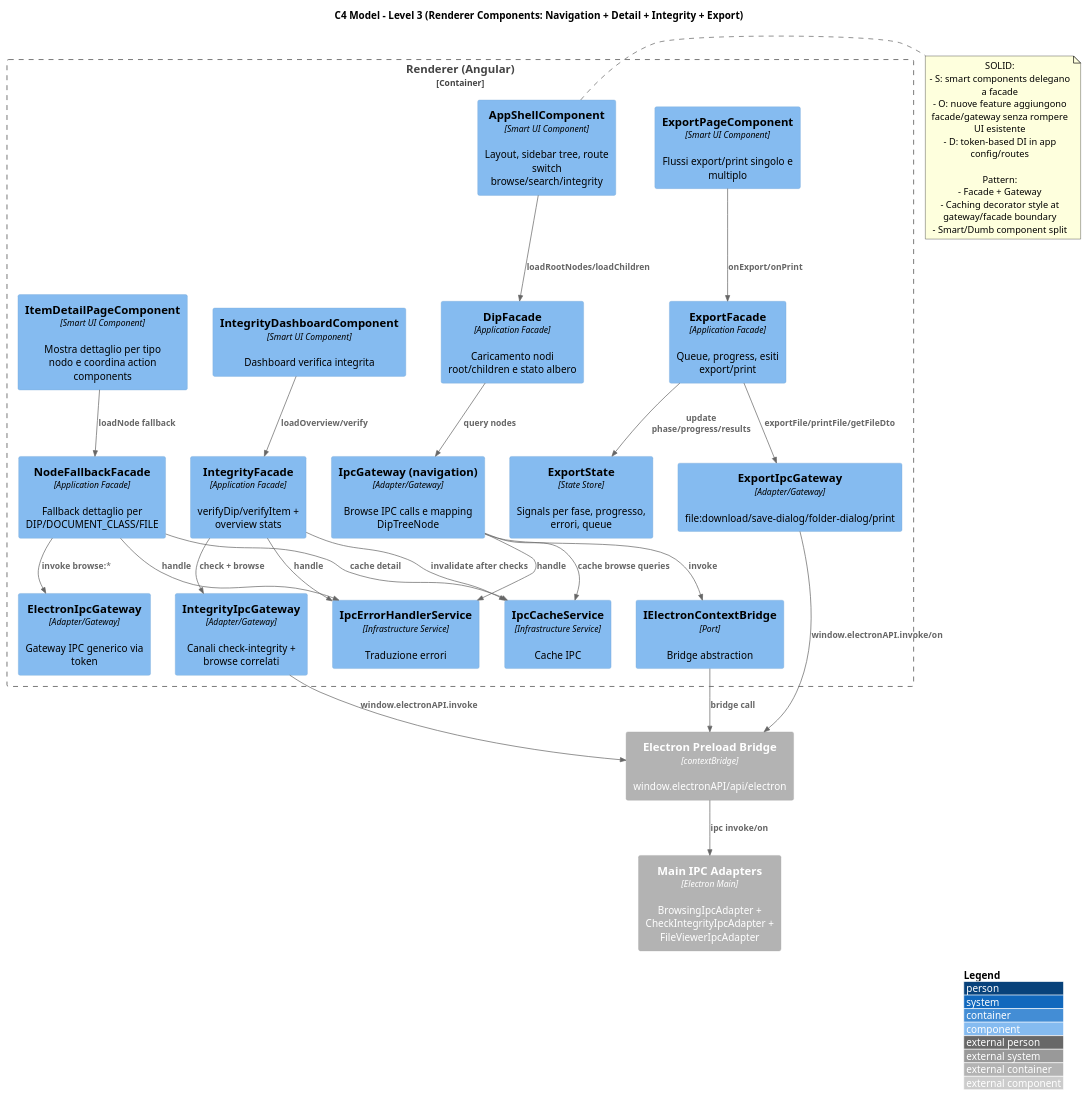
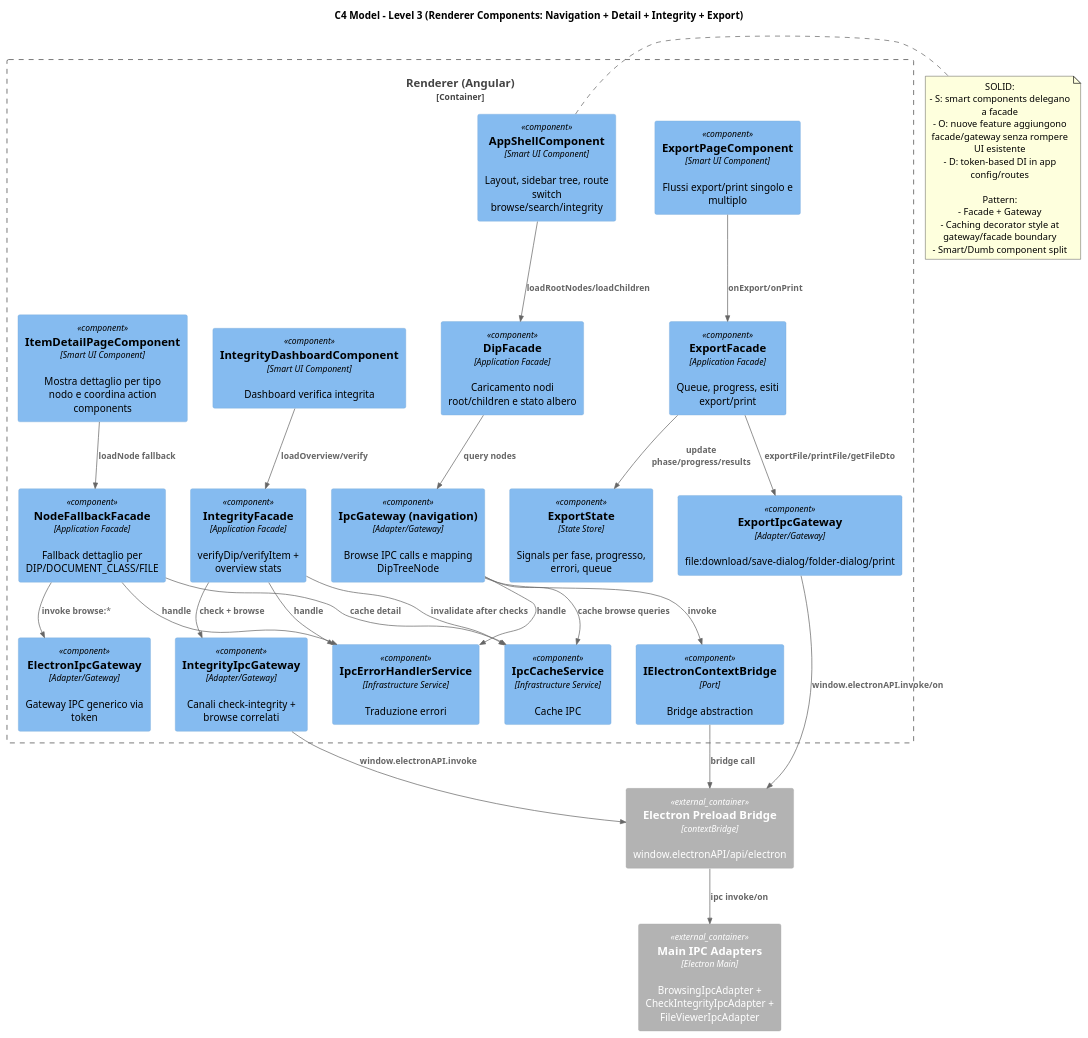
One commit to 7-ZPUs/Docs changed the diagram in 3_PB/DocumentiEsterni/DiagrammiSpecificaTecnica/generated_/architecture/c1-c3/C3-renderer-navigation-detail-integrity-export.puml. Above: the diagram before and after it, drawn with PlantUML. The commit also changed 8 other files, not shown here.

```diff
--- a/3_PB/DocumentiEsterni/DiagrammiSpecificaTecnica/generated_/architecture/c1-c3/C3-renderer-navigation-detail-integrity-export.puml
+++ b/3_PB/DocumentiEsterni/DiagrammiSpecificaTecnica/generated_/architecture/c1-c3/C3-renderer-navigation-detail-integrity-export.puml
@@ -1,72 +1,70 @@
 @startuml C3_Renderer_Navigation_Detail_Integrity_Export
 !includeurl https://raw.githubusercontent.com/plantuml-stdlib/C4-PlantUML/master/C4_Component.puml
 
 title C4 Model - Level 3 (Renderer Components: Navigation + Detail + Integrity + Export)
-
-LAYOUT_WITH_LEGEND()
 
 Container_Boundary(renderer_container, "Renderer (Angular)") {
   Component(app_shell, "AppShellComponent", "Smart UI Component", "Layout, sidebar tree, route switch browse/search/integrity")
   Component(dip_facade, "DipFacade", "Application Facade", "Caricamento nodi root/children e stato albero")
   Component(nav_gateway, "IpcGateway (navigation)", "Adapter/Gateway", "Browse IPC calls e mapping DipTreeNode")
 
   Component(item_detail_page, "ItemDetailPageComponent", "Smart UI Component", "Mostra dettaglio per tipo nodo e coordina action components")
   Component(node_fallback_facade, "NodeFallbackFacade", "Application Facade", "Fallback dettaglio per DIP/DOCUMENT_CLASS/FILE")
   Component(generic_ipc_gateway, "ElectronIpcGateway", "Adapter/Gateway", "Gateway IPC generico via token")
 
   Component(integrity_dashboard, "IntegrityDashboardComponent", "Smart UI Component", "Dashboard verifica integrita")
   Component(integrity_facade, "IntegrityFacade", "Application Facade", "verifyDip/verifyItem + overview stats")
   Component(integrity_gateway, "IntegrityIpcGateway", "Adapter/Gateway", "Canali check-integrity + browse correlati")
 
   Component(export_page, "ExportPageComponent", "Smart UI Component", "Flussi export/print singolo e multiplo")
   Component(export_facade, "ExportFacade", "Application Facade", "Queue, progress, esiti export/print")
   Component(export_gateway, "ExportIpcGateway", "Adapter/Gateway", "file:download/save-dialog/folder-dialog/print")
   Component(export_state, "ExportState", "State Store", "Signals per fase, progresso, errori, queue")
 
   Component(cache_service, "IpcCacheService", "Infrastructure Service", "Cache IPC")
   Component(error_handler, "IpcErrorHandlerService", "Infrastructure Service", "Traduzione errori")
   Component(context_bridge, "IElectronContextBridge", "Port", "Bridge abstraction")
 }
 
 Container_Ext(preload_bridge, "Electron Preload Bridge", "contextBridge", "window.electronAPI/api/electron")
 Container_Ext(main_ipc, "Main IPC Adapters", "Electron Main", "BrowsingIpcAdapter + CheckIntegrityIpcAdapter + FileViewerIpcAdapter")
 
 Rel(app_shell, dip_facade, "loadRootNodes/loadChildren")
 Rel(dip_facade, nav_gateway, "query nodes")
 Rel(nav_gateway, context_bridge, "invoke")
 
 Rel(item_detail_page, node_fallback_facade, "loadNode fallback")
 Rel(node_fallback_facade, generic_ipc_gateway, "invoke browse:*")
 
 Rel(integrity_dashboard, integrity_facade, "loadOverview/verify")
 Rel(integrity_facade, integrity_gateway, "check + browse")
 
 Rel(export_page, export_facade, "onExport/onPrint")
 Rel(export_facade, export_gateway, "exportFile/printFile/getFileDto")
 Rel(export_facade, export_state, "update phase/progress/results")
 
 Rel(nav_gateway, cache_service, "cache browse queries")
 Rel(node_fallback_facade, cache_service, "cache detail")
 Rel(integrity_facade, cache_service, "invalidate after checks")
 Rel(nav_gateway, error_handler, "handle")
 Rel(node_fallback_facade, error_handler, "handle")
 Rel(integrity_facade, error_handler, "handle")
 
 Rel(integrity_gateway, preload_bridge, "window.electronAPI.invoke")
 Rel(export_gateway, preload_bridge, "window.electronAPI.invoke/on")
 Rel(context_bridge, preload_bridge, "bridge call")
 Rel(preload_bridge, main_ipc, "ipc invoke/on")
 
 note right of app_shell
 SOLID:
 - S: smart components delegano a facade
 - O: nuove feature aggiungono facade/gateway senza rompere UI esistente
 - D: token-based DI in app config/routes
 
 Pattern:
 - Facade + Gateway
 - Caching decorator style at gateway/facade boundary
 - Smart/Dumb component split
 end note
 
 @enduml
```
